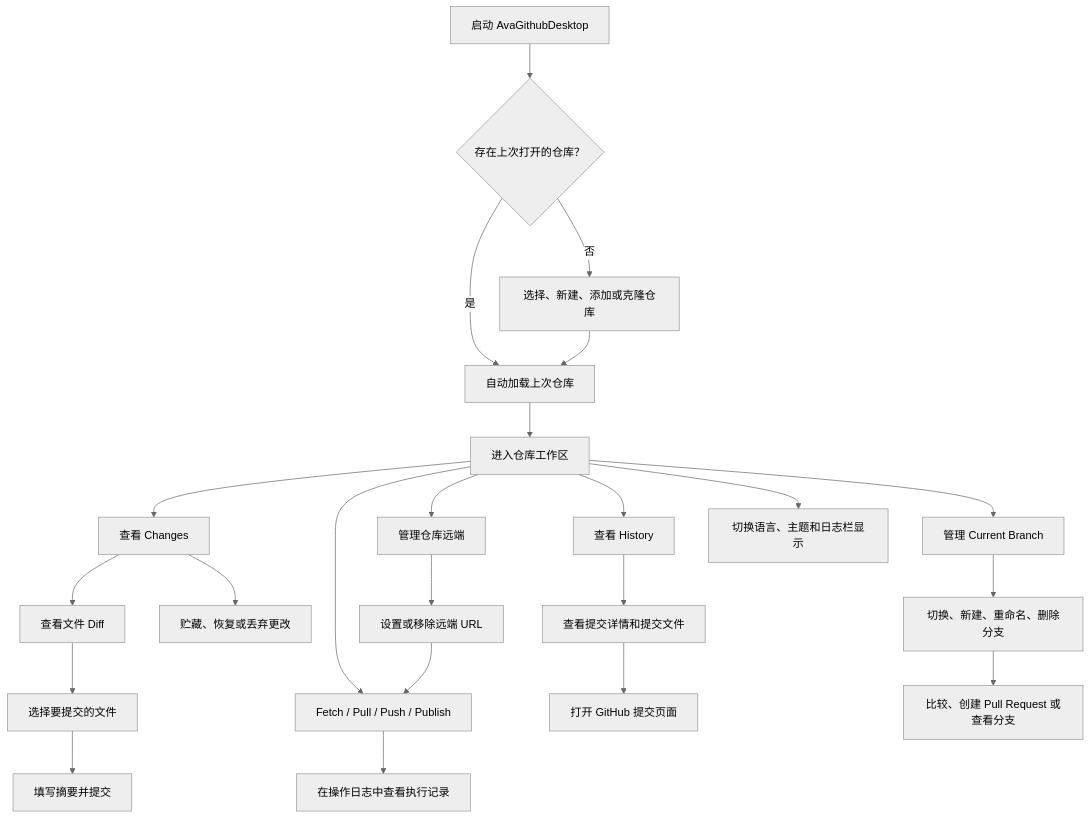
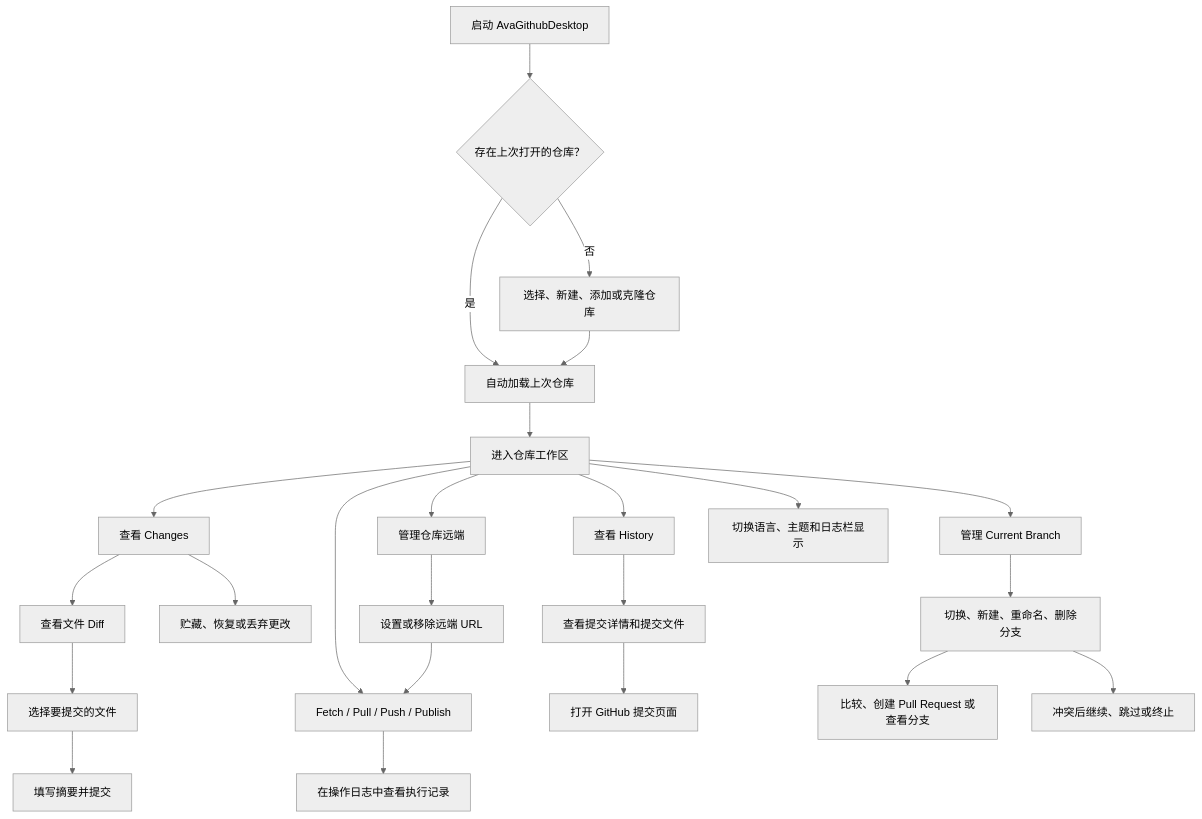
The diagram in docs/AvaGithubDesktop需求文档.md (dotnet9/AvaGithubDesktop), drawn with Mermaid (neutral theme) before and after one commit. The commit also changed other lines of this file and 12 other files, not shown here.

````diff
--- a/docs/AvaGithubDesktop需求文档.md
+++ b/docs/AvaGithubDesktop需求文档.md
@@ -35,25 +36,26 @@
 ```mermaid
 flowchart TD
     Start["启动 AvaGithubDesktop"] --> Restore{"存在上次打开的仓库？"}
     Restore -->|是| LoadRepo["自动加载上次仓库"]
     Restore -->|否| PickRepo["选择、新建、添加或克隆仓库"]
     PickRepo --> LoadRepo
     LoadRepo --> Workspace["进入仓库工作区"]
     Workspace --> Changes["查看 Changes"]
     Workspace --> History["查看 History"]
     Workspace --> Branch["管理 Current Branch"]
     Workspace --> Remote["管理仓库远端"]
     Workspace --> Sync["Fetch / Pull / Push / Publish"]
     Changes --> ReviewDiff["查看文件 Diff"]
     ReviewDiff --> SelectFiles["选择要提交的文件"]
     SelectFiles --> Commit["填写摘要并提交"]
     Changes --> Stash["贮藏、恢复或丢弃更改"]
     History --> CommitDetail["查看提交详情和提交文件"]
     CommitDetail --> OpenCommit["打开 GitHub 提交页面"]
     Branch --> BranchOps["切换、新建、重命名、删除分支"]
     BranchOps --> BranchGitHub["比较、创建 Pull Request 或查看分支"]
+    BranchOps --> ConflictOps["冲突后继续、跳过或终止"]
     Remote --> RemoteOps["设置或移除远端 URL"]
     RemoteOps --> Sync
     Sync --> OperationLog["在操作日志中查看执行记录"]
     Workspace --> Settings["切换语言、主题和日志栏显示"]
 ```
````
